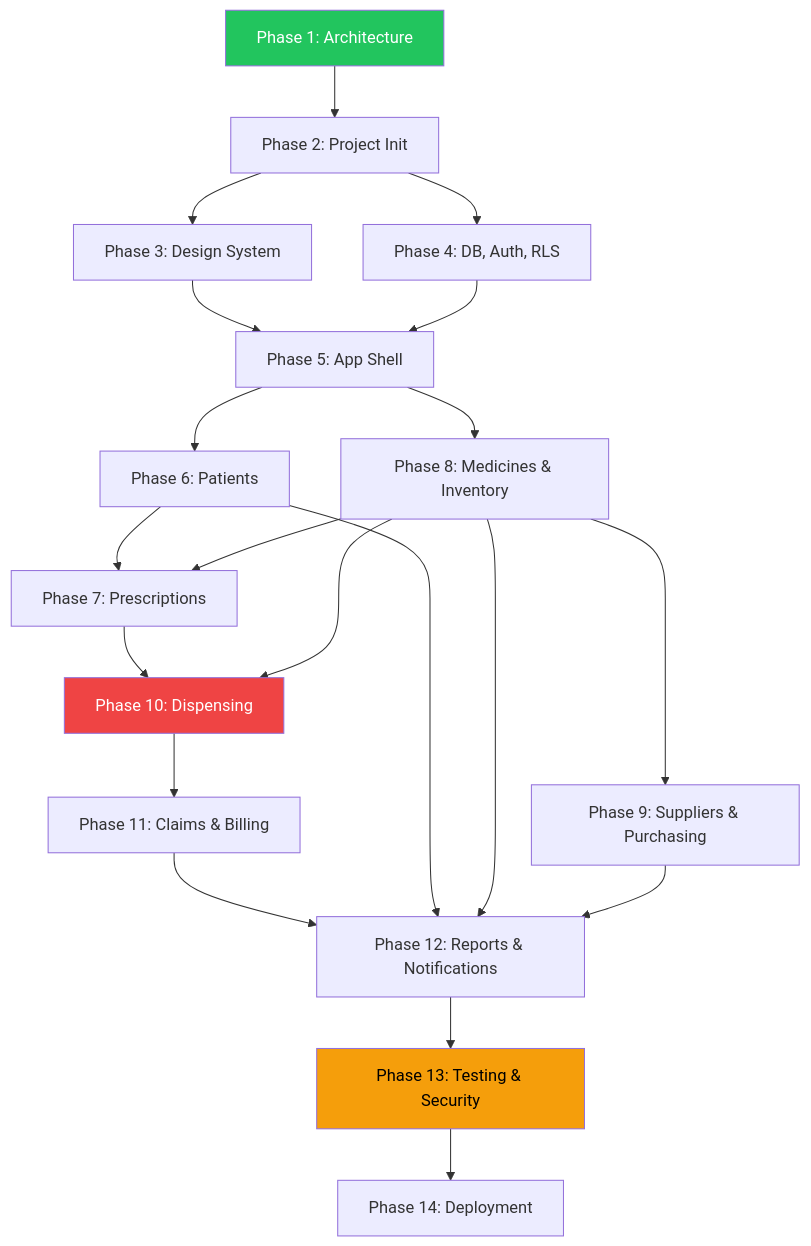
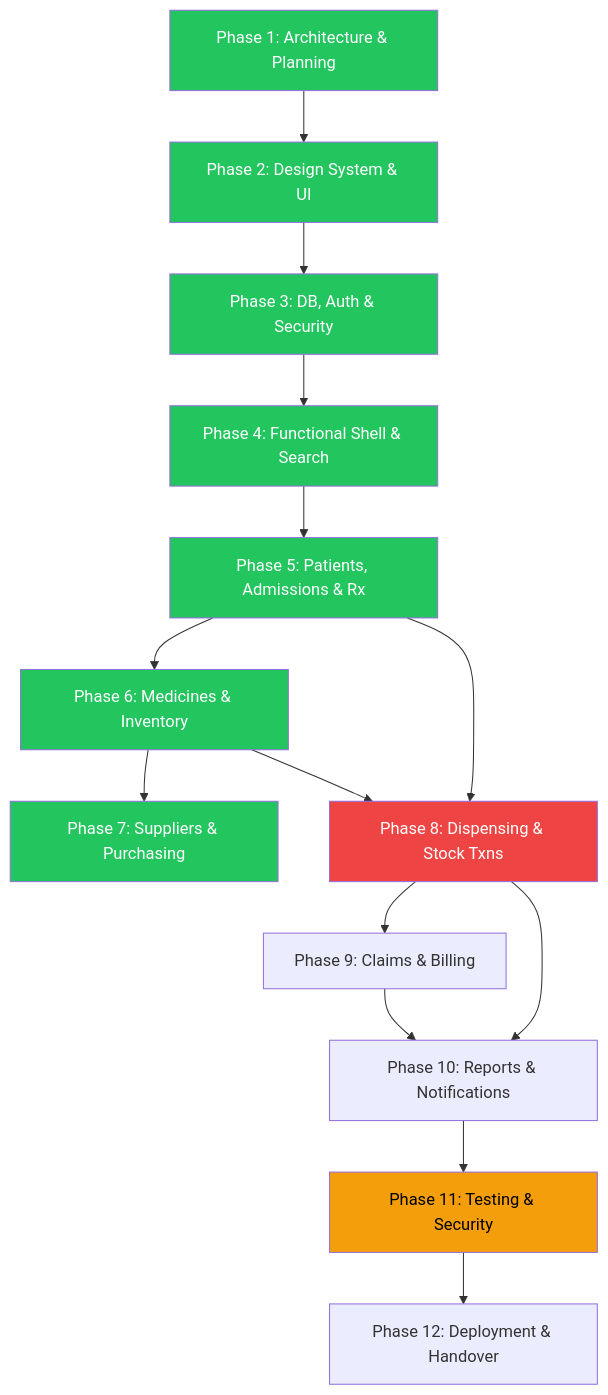
One commit to 00tatheer00/MedLedger---Pharmacy-Management-System-Sehat-Card- changed the second of 2 diagrams in docs/DEVELOPMENT_ROADMAP.md. Above: the diagram before and after it, drawn with Mermaid. The commit also changed other lines of this file and 261 other files, not shown here.

````diff
--- a/docs/DEVELOPMENT_ROADMAP.md
+++ b/docs/DEVELOPMENT_ROADMAP.md
@@ -469,26 +449,26 @@
 ```mermaid
 graph TD
-    P1["Phase 1: Architecture"] --> P2["Phase 2: Project Init"]
-    P2 --> P3["Phase 3: Design System"]
-    P2 --> P4["Phase 4: DB, Auth, RLS"]
-    P3 --> P5["Phase 5: App Shell"]
-    P4 --> P5
-    P5 --> P6["Phase 6: Patients"]
-    P5 --> P8["Phase 8: Medicines & Inventory"]
-    P6 --> P7["Phase 7: Prescriptions"]
-    P8 --> P7
-    P8 --> P9["Phase 9: Suppliers & Purchasing"]
-    P7 --> P10["Phase 10: Dispensing"]
-    P8 --> P10
-    P10 --> P11["Phase 11: Claims & Billing"]
-    P11 --> P12["Phase 12: Reports & Notifications"]
-    P6 --> P12
-    P8 --> P12
-    P9 --> P12
-    P12 --> P13["Phase 13: Testing & Security"]
-    P13 --> P14["Phase 14: Deployment"]
+    P1["Phase 1: Architecture & Planning"] --> P2["Phase 2: Design System & UI"]
+    P2 --> P3["Phase 3: DB, Auth & Security"]
+    P3 --> P4["Phase 4: Functional Shell & Search"]
+    P4 --> P5["Phase 5: Patients, Admissions & Rx"]
+    P5 --> P6["Phase 6: Medicines & Inventory"]
+    P6 --> P7["Phase 7: Suppliers & Purchasing"]
+    P5 --> P8["Phase 8: Dispensing & Stock Txns"]
+    P6 --> P8
+    P8 --> P9["Phase 9: Claims & Billing"]
+    P8 --> P10["Phase 10: Reports & Notifications"]
+    P9 --> P10
+    P10 --> P11["Phase 11: Testing & Security"]
+    P11 --> P12["Phase 12: Deployment & Handover"]
 
     style P1 fill:#22c55e,color:#fff
-    style P10 fill:#ef4444,color:#fff
-    style P13 fill:#f59e0b,color:#000
+    style P2 fill:#22c55e,color:#fff
+    style P3 fill:#22c55e,color:#fff
+    style P4 fill:#22c55e,color:#fff
+    style P5 fill:#22c55e,color:#fff
+    style P6 fill:#22c55e,color:#fff
+    style P7 fill:#22c55e,color:#fff
+    style P8 fill:#ef4444,color:#fff
+    style P11 fill:#f59e0b,color:#000
 ```
````
